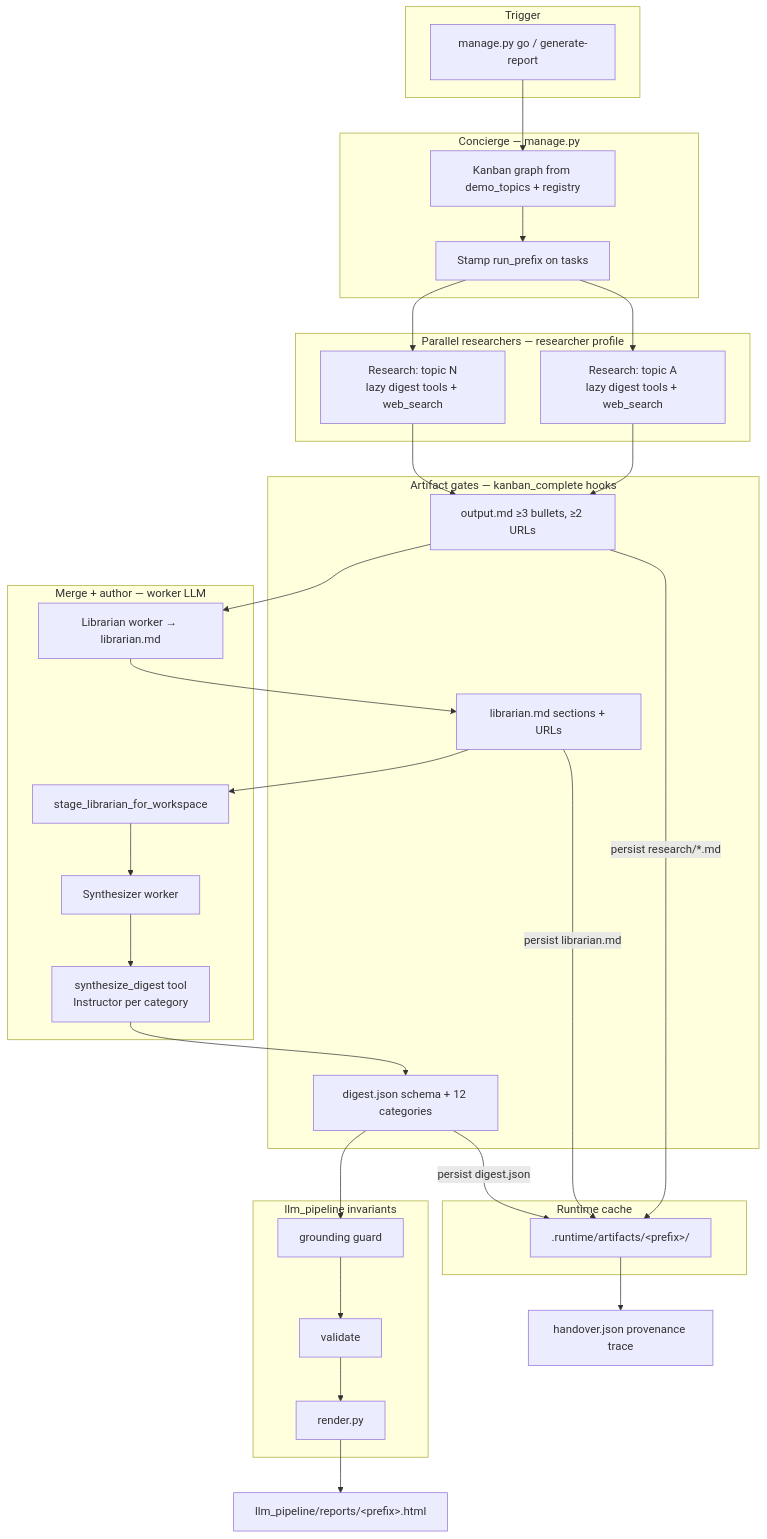
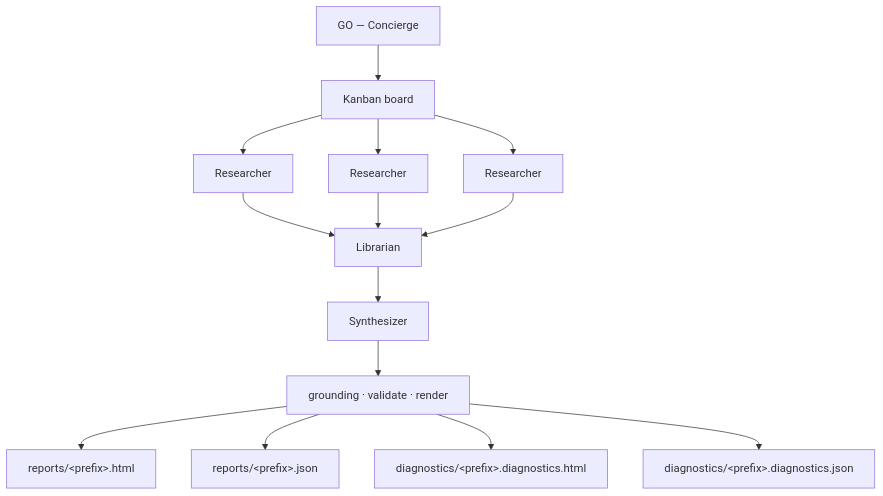
The first of 4 diagrams in agentic/hermes/docs/ARCHITECTURE.md (mameen/AI_Digest), drawn with Mermaid before and after one commit. The commit also changed other lines of this file and 53 other files, not shown here.

````diff
--- a/agentic/hermes/docs/ARCHITECTURE.md
+++ b/agentic/hermes/docs/ARCHITECTURE.md
@@ -29,54 +38,14 @@
 ```mermaid
 flowchart TB
-    subgraph trigger [Trigger]
-        GO["manage.py go / generate-report"]
-    end
-
-    subgraph concierge [Concierge — manage.py]
-        BOARD["Kanban graph from demo_topics + registry"]
-        PREFIX["Stamp run_prefix on tasks"]
-    end
-
-    subgraph parallel [Parallel researchers — researcher profile]
-        R1["Research: topic A<br/>lazy digest tools + web_search"]
-        RN["Research: topic N<br/>lazy digest tools + web_search"]
-    end
-
-    subgraph gates [Artifact gates — kanban_complete hooks]
-        G1["output.md ≥3 bullets, ≥2 URLs"]
-        G2["librarian.md sections + URLs"]
-        G3["digest.json schema + 12 categories"]
-    end
-
-    subgraph merge [Merge + author — worker LLM]
-        LIB["Librarian worker → librarian.md"]
-        STAGE["stage_librarian_for_workspace"]
-        SYN["Synthesizer worker"]
-        TOOL["synthesize_digest tool<br/>Instructor per category"]
-    end
-
-    subgraph runtime [Runtime cache]
-        RT[".runtime/artifacts/&lt;prefix&gt;/"]
-    end
-
-    subgraph pipeline [llm_pipeline invariants]
-        GRND[grounding guard]
-        VAL[validate]
-        REN[render.py]
-    end
-
-    OUT["llm_pipeline/reports/&lt;prefix&gt;.html"]
-    HO["handover.json provenance trace"]
-
-    GO --> BOARD --> PREFIX
-    PREFIX --> R1 & RN
-    R1 & RN --> G1
-    G1 -->|"persist research/*.md"| RT
-    G1 --> LIB --> G2
-    G2 -->|"persist librarian.md"| RT
-    G2 --> STAGE --> SYN
-    SYN --> TOOL --> G3
-    G3 -->|"persist digest.json"| RT
-    G3 --> GRND --> VAL --> REN --> OUT
-    RT --> HO
+    GO["GO — Concierge"] --> C["Kanban board"]
+    C --> R1["Researcher"]
+    C --> R2["Researcher"]
+    C --> R3["Researcher"]
+    R1 & R2 & R3 --> L["Librarian"]
+    L --> S["Synthesizer"]
+    S --> P["grounding · validate · render"]
+    P --> HTML["reports/&lt;prefix&gt;.html"]
+    P --> JSON["reports/&lt;prefix&gt;.json"]
+    P --> DH["diagnostics/&lt;prefix&gt;.diagnostics.html"]
+    P --> DJ["diagnostics/&lt;prefix&gt;.diagnostics.json"]
 ```
````
